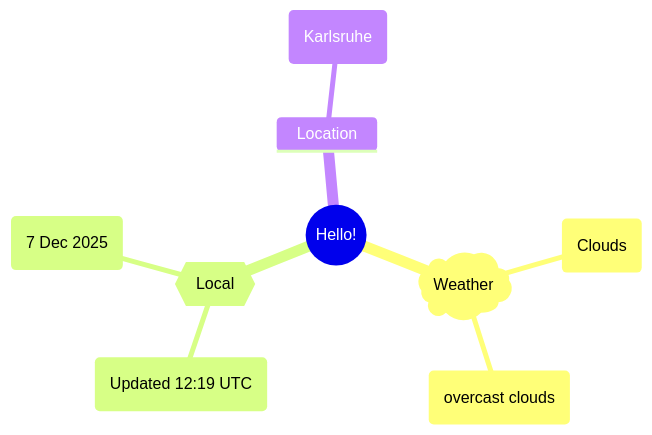
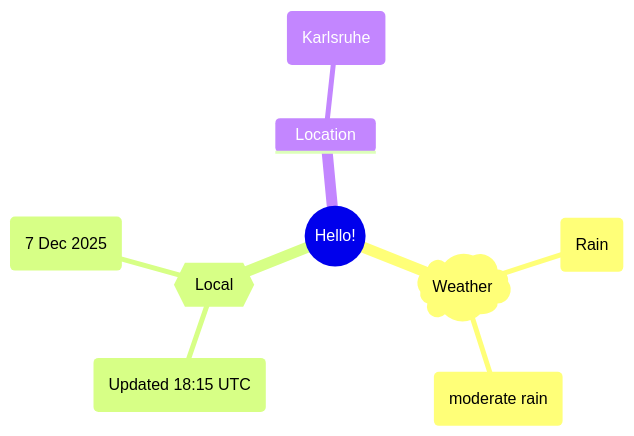
One commit to Xosrov/Xosrov changed the first of 2 diagrams in README.md. Above: the diagram before and after it, drawn with Mermaid.

Commit message:
[bot] updated images

````diff
--- a/README.md
+++ b/README.md
@@ -3,12 +3,12 @@
 ```mermaid
 mindmap
   root((Hello!))
     )Weather(
-        (Clouds)
-        (overcast clouds)
+        (Rain)
+        (moderate rain)
     {{Local}}
-        (Updated 12:19 UTC)
+        (Updated 18:15 UTC)
         (7 Dec 2025)
     Location
         (Karlsruhe)
 ```
````
